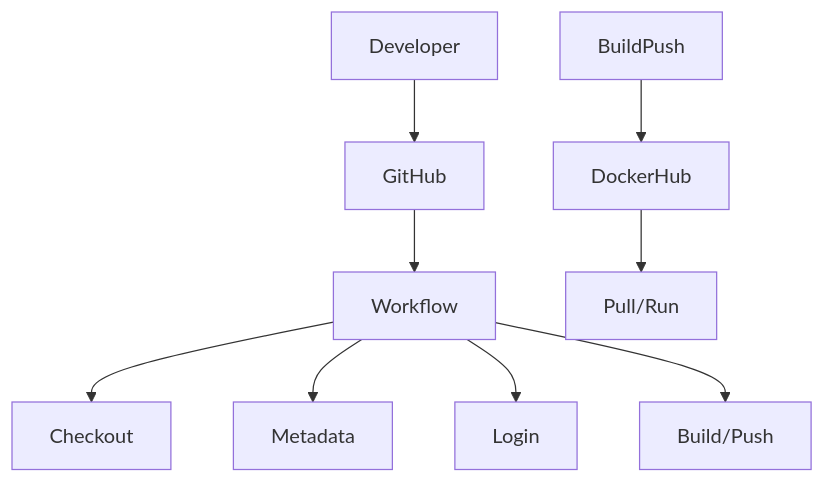
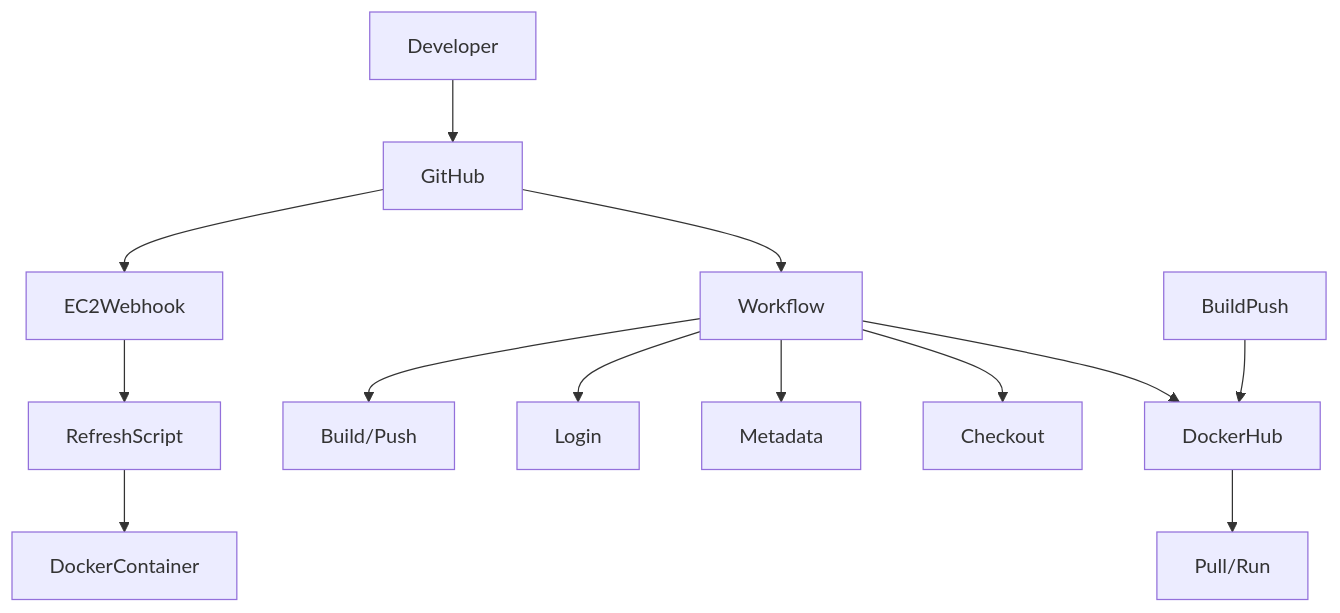
Before and after one commit to WSU-kduncan/cicdf25-Historyvariety: the diagram in README-CI.md, drawn with Mermaid.

````diff
--- a/README-CI.md
+++ b/README-CI.md
@@ -20,11 +20,15 @@
 ```mermaid
   graph TD
       Developer--> GitHub
       GitHub --> Workflow
+      Workflow --> DockerHub
+      GitHub --> EC2Webhook
+      EC2Webhook --> RefreshScript
+      RefreshScript --> DockerContainer
       Workflow --> Checkout
       Workflow --> Metadata
       Workflow --> Login
       Workflow --> Build/Push
       BuildPush --> DockerHub
       DockerHub --> Pull/Run
 ```
````
